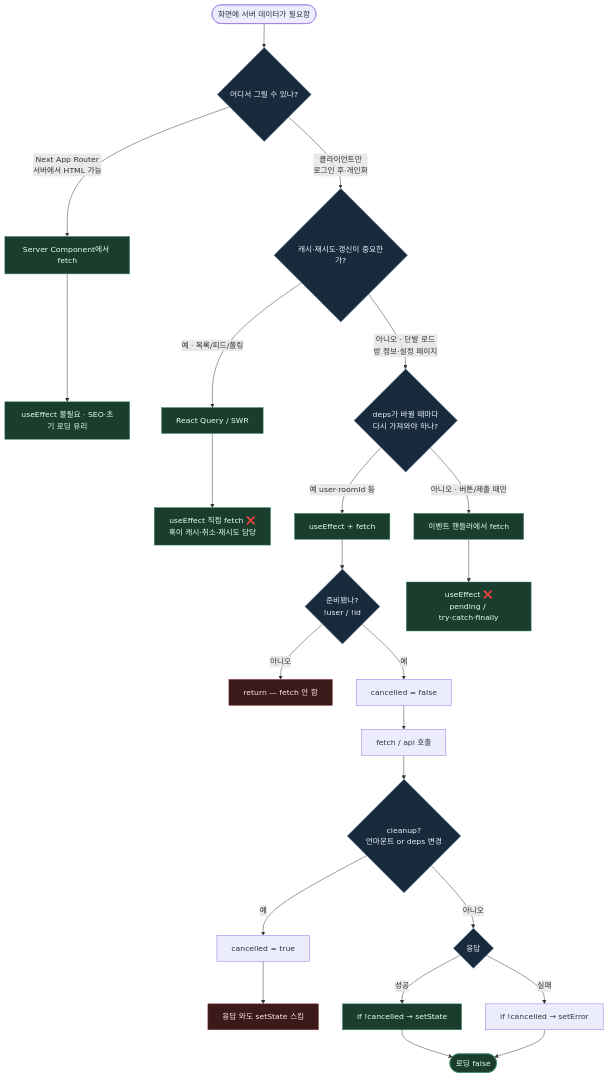
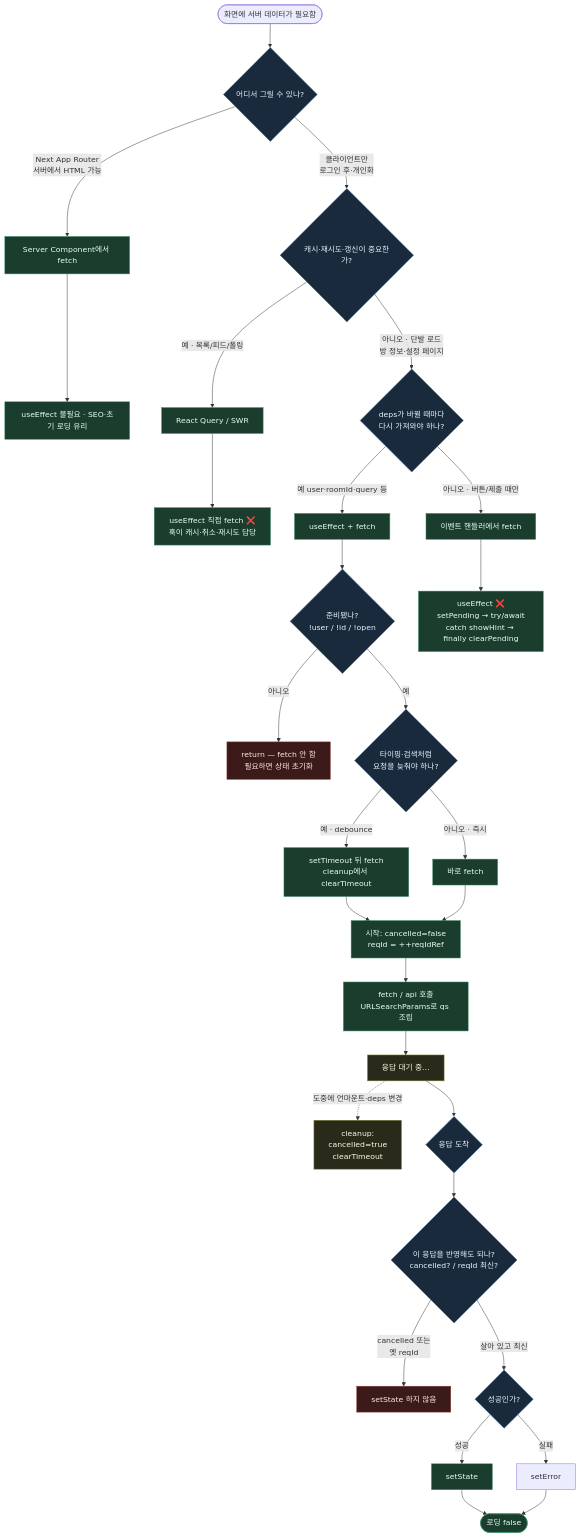
One commit to hgim96715-lgtm/Obsidian_study changed the diagram in 20_Wiki/22_Languages/JS_Ecosystem/React_AsyncUI.md. Above: the diagram before and after it, drawn with Mermaid. The commit also changed other lines of this file and 2 other files, not shown here.

````diff
--- a/20_Wiki/22_Languages/JS_Ecosystem/React_AsyncUI.md
+++ b/20_Wiki/22_Languages/JS_Ecosystem/React_AsyncUI.md
@@ -27,38 +30,52 @@
 ```mermaid
 flowchart TD
   Start([화면에 서버 데이터가 필요함]) --> Q1{어디서 그릴 수 있나?}
 
   Q1 -->|Next App Router<br/>서버에서 HTML 가능| SC[Server Component에서 fetch]
   SC --> SCNote[useEffect 불필요 · SEO·초기 로딩 유리]
 
   Q1 -->|클라이언트만<br/>로그인 후·개인화| Q2{캐시·재시도·갱신이 중요한가?}
 
   Q2 -->|예 · 목록/피드/폴링| RQ[React Query / SWR]
   RQ --> RQNote[useEffect 직접 fetch ❌<br/>훅이 캐시·취소·재시도 담당]
 
   Q2 -->|아니오 · 단발 로드<br/>방 정보·설정 페이지| Q3{deps가 바뀔 때마다<br/>다시 가져와야 하나?}
 
-  Q3 -->|예 user·roomId 등| Eff[useEffect + fetch]
-  Eff --> Guard{준비됐나?<br/>!user / !id}
-  Guard -->|아니오| Skip[return — fetch 안 함]
-  Guard -->|예| Flag[cancelled = false]
-  Flag --> Call[fetch / api 호출]
-  Call --> Clean{cleanup?<br/>언마운트 or deps 변경}
-  Clean -->|예| Cancel[cancelled = true]
-  Cancel --> Ignore[응답 와도 setState 스킵]
-  Clean -->|아니오| Ok{응답}
-  Ok -->|성공| Set[if !cancelled → setState]
-  Ok -->|실패| Err[if !cancelled → setError]
+  Q3 -->|예 user·roomId·query 등| Eff[useEffect + fetch]
+  Eff --> Guard{준비됐나?<br/>!user / !id / !open}
+  Guard -->|아니오| Skip[return — fetch 안 함<br/>필요하면 상태 초기화]
+  Guard -->|예| Q4{타이핑·검색처럼<br/>요청을 늦춰야 하나?}
+
+  Q4 -->|예 · debounce| Deb[setTimeout 뒤 fetch<br/>cleanup에서 clearTimeout]
+  Q4 -->|아니오 · 즉시| Imm[바로 fetch]
+
+  Deb --> Race
+  Imm --> Race
+
+  Race[시작: cancelled=false<br/>reqId = ++reqIdRef]
+  Race --> Call[fetch / api 호출<br/>URLSearchParams로 qs 조립]
+
+  Call --> Wait[응답 대기 중…]
+  Wait -.->|도중에 언마운트·deps 변경| Side[cleanup:<br/>cancelled=true<br/>clearTimeout]
+  Wait --> Res{응답 도착}
+
+  Res --> Check{이 응답을 반영해도 되나?<br/>cancelled? / reqId 최신?}
+  Check -->|cancelled 또는<br/>옛 reqId| Ignore[setState 하지 않음]
+  Check -->|살아 있고 최신| Ok{성공인가?}
+  Ok -->|성공| Set[setState]
+  Ok -->|실패| Err[setError]
   Set --> Done([로딩 false])
   Err --> Done
 
   Q3 -->|아니오 · 버튼/제출 때만| Evt[이벤트 핸들러에서 fetch]
-  Evt --> EvtNote[useEffect ❌<br/>pending / try·catch·finally]
+  Evt --> EvtNote[useEffect ❌<br/>setPending → try/await<br/>catch showHint → finally clearPending]
 
   classDef good fill:#1a3d2e,stroke:#3d8f6a,color:#e8fff3
   classDef bad fill:#3d1a1a,stroke:#8f3d3d,color:#ffe8e8
   classDef ask fill:#1a2a3d,stroke:#3d6a8f,color:#e8f3ff
-  class SC,RQ,Eff,Evt,Set,Done,SCNote,RQNote,EvtNote good
+  classDef side fill:#2a2a1a,stroke:#8f8f3d,color:#fffde8
+  class SC,RQ,Eff,Evt,Set,Done,SCNote,RQNote,EvtNote,Deb,Imm,Race,Call good
   class Skip,Ignore bad
-  class Q1,Q2,Q3,Guard,Clean,Ok ask
+  class Q1,Q2,Q3,Q4,Guard,Res,Check,Ok ask
+  class Wait,Side side
 ```
````
